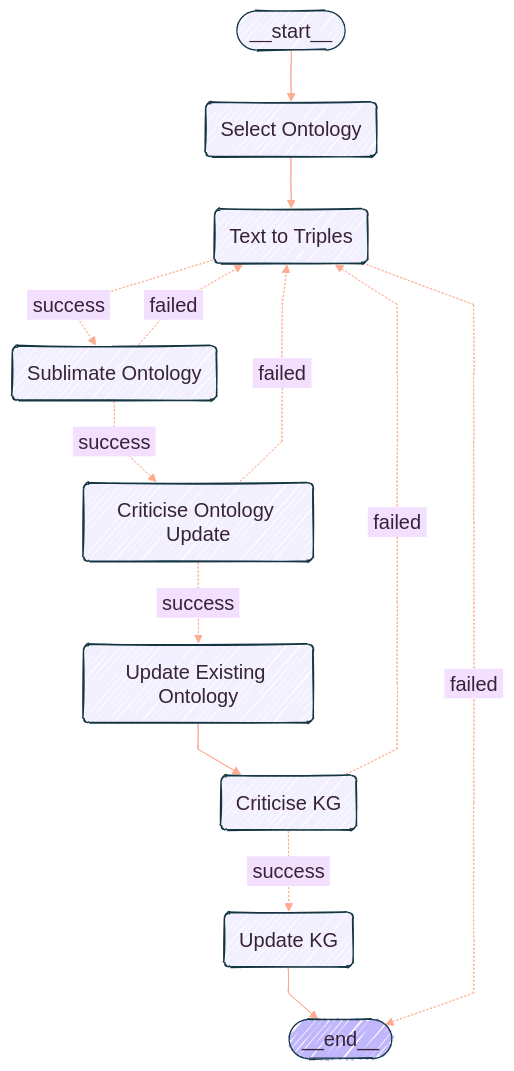
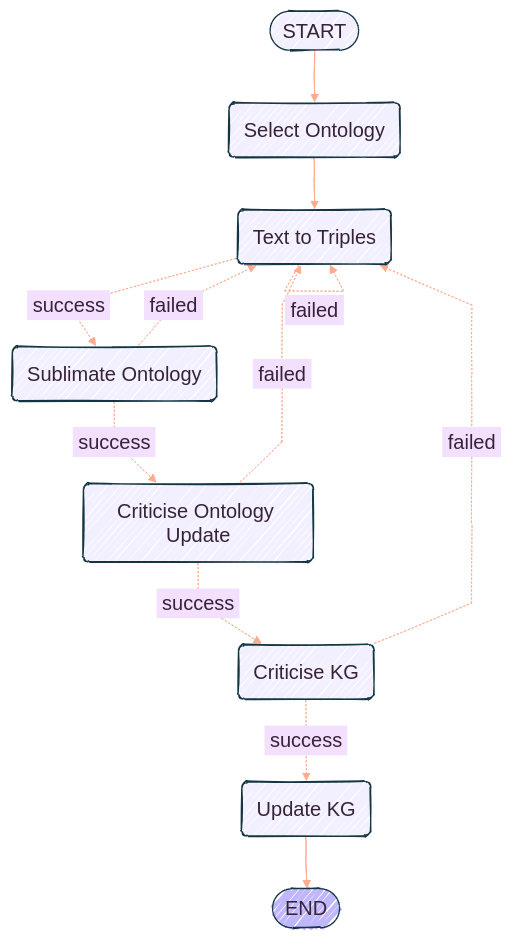
One commit to genericrobot77/ontocast changed the diagram in README.md. Above: the diagram before and after it, drawn with Mermaid. The commit also changed 5 other files, not shown here.

````diff
--- a/README.md
+++ b/README.md
@@ -6,44 +6,42 @@
 ```mermaid
 ---
 config:
   flowchart:
     curve: linear
     htmlLabels: true
     useMaxWidth: true
   look: handDrawn
   theme: base
   themeVariables:
     fontFamily: '''Architects Daughter'', cursive'
     fontSize: 20px
     lineColor: '#FFAB91'
     primaryBorderColor: '#143642'
     primaryColor: '#FFF3E0'
     primaryTextColor: '#372237'
 ---
 graph TD;
-	__start__([<p>__start__</p>]):::first
+	START([<p>START</p>]):::first
 	Select_Ontology(Select Ontology)
 	Text_to_Triples(Text to Triples)
 	Sublimate_Ontology(Sublimate Ontology)
 	Criticise_Ontology_Update(Criticise Ontology Update)
-	Update_Existing_Ontology(Update Existing Ontology)
 	Criticise_KG(Criticise KG)
 	Update_KG(Update KG)
-	__end__([<p>__end__</p>]):::last
+	END([<p>END</p>]):::last
 	Select_Ontology --> Text_to_Triples;
-	Update_Existing_Ontology --> Criticise_KG;
-	Update_KG --> __end__;
-	__start__ --> Select_Ontology;
+	Update_KG --> END;
+	START --> Select_Ontology;
 	Text_to_Triples -. &nbsp;success&nbsp; .-> Sublimate_Ontology;
-	Text_to_Triples -. &nbsp;failed&nbsp; .-> __end__;
-	Criticise_Ontology_Update -. &nbsp;success&nbsp; .-> Update_Existing_Ontology;
-	Criticise_Ontology_Update -. &nbsp;failed&nbsp; .-> Text_to_Triples;
 	Sublimate_Ontology -. &nbsp;success&nbsp; .-> Criticise_Ontology_Update;
 	Sublimate_Ontology -. &nbsp;failed&nbsp; .-> Text_to_Triples;
+	Criticise_Ontology_Update -. &nbsp;success&nbsp; .-> Criticise_KG;
+	Criticise_Ontology_Update -. &nbsp;failed&nbsp; .-> Text_to_Triples;
 	Criticise_KG -. &nbsp;success&nbsp; .-> Update_KG;
 	Criticise_KG -. &nbsp;failed&nbsp; .-> Text_to_Triples;
+	Text_to_Triples -. &nbsp;failed&nbsp; .-> Text_to_Triples;
 	classDef default fill:#f2f0ff,line-height:1.2
 	classDef first fill-opacity:0
 	classDef last fill:#bfb6fc
 
 ```
````
